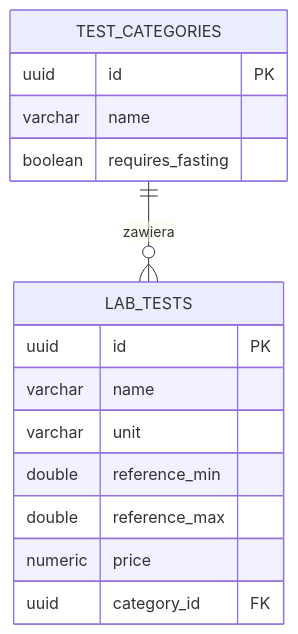
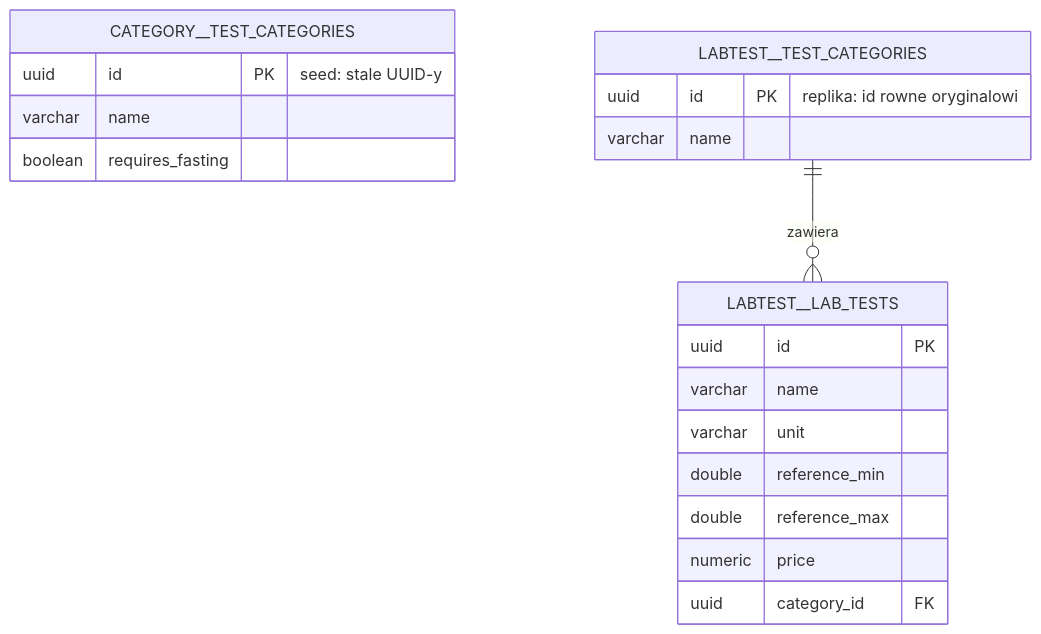
Before and after one commit to Zambrzyckii/Medata: the third of 3 diagrams in docs/pl/ARCHITECTURE.md, drawn with Mermaid. The commit also changed other lines of this file and 39 other files, not shown here.

Commit message:
[LAB 4] Split into category and lab-test microservices with event sync and gateway

````diff
--- a/docs/pl/ARCHITECTURE.md
+++ b/docs/pl/ARCHITECTURE.md
@@ -44,18 +71,22 @@
 ```mermaid
 erDiagram
-    TEST_CATEGORIES ||--o{ LAB_TESTS : zawiera
-    TEST_CATEGORIES {
-        uuid id PK
+    CATEGORY__TEST_CATEGORIES {
+        uuid id PK "seed: stale UUID-y"
         varchar name
         boolean requires_fasting
     }
-    LAB_TESTS {
+    LABTEST__TEST_CATEGORIES ||--o{ LABTEST__LAB_TESTS : zawiera
+    LABTEST__TEST_CATEGORIES {
+        uuid id PK "replika: id rowne oryginalowi"
+        varchar name
+    }
+    LABTEST__LAB_TESTS {
         uuid id PK
         varchar name
         varchar unit
         double reference_min
         double reference_max
         numeric price
         uuid category_id FK
     }
 ```
````
